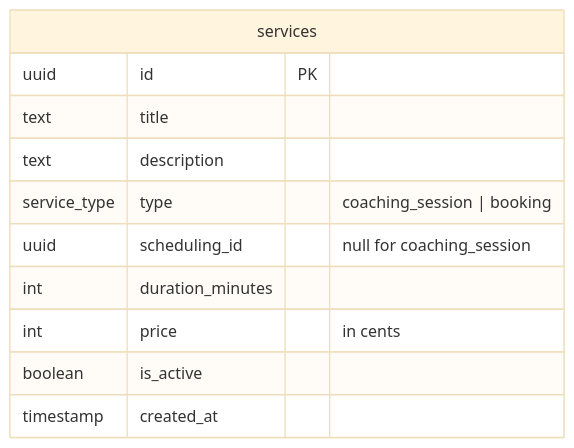
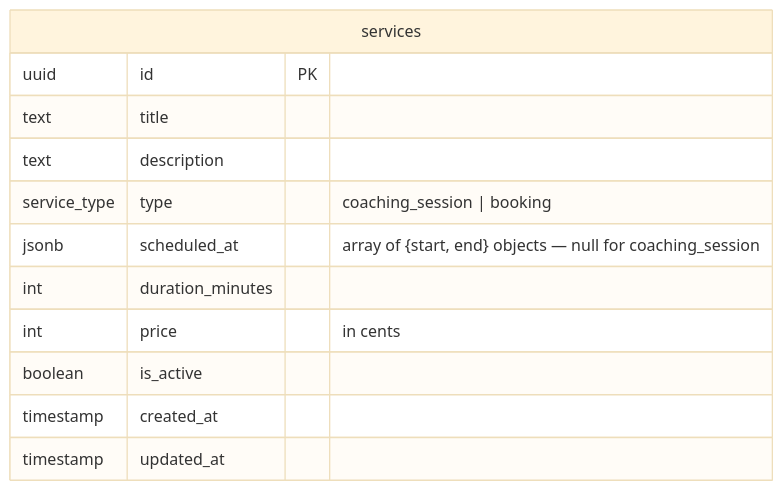
One commit to hack4impact/mcld-project changed the first of 2 diagrams in docs/services.md. Above: the diagram before and after it, drawn with Mermaid (base theme). The commit also changed other lines of this file and 2 other files, not shown here.

Commit message:
removed the schedules table , added a scheduled at blob to services to log time for services of type coaching

````diff
--- a/docs/services.md
+++ b/docs/services.md
@@ -9,14 +9,15 @@
 ```mermaid
 erDiagram
     services {
         uuid id PK
         text title
         text description
         service_type type "coaching_session | booking"
-        uuid scheduling_id "null for coaching_session"
+        jsonb scheduled_at "array of {start, end} objects — null for coaching_session"
         int duration_minutes
         int price "in cents"
         boolean is_active
         timestamp created_at
+        timestamp updated_at
     }
 ```
````
